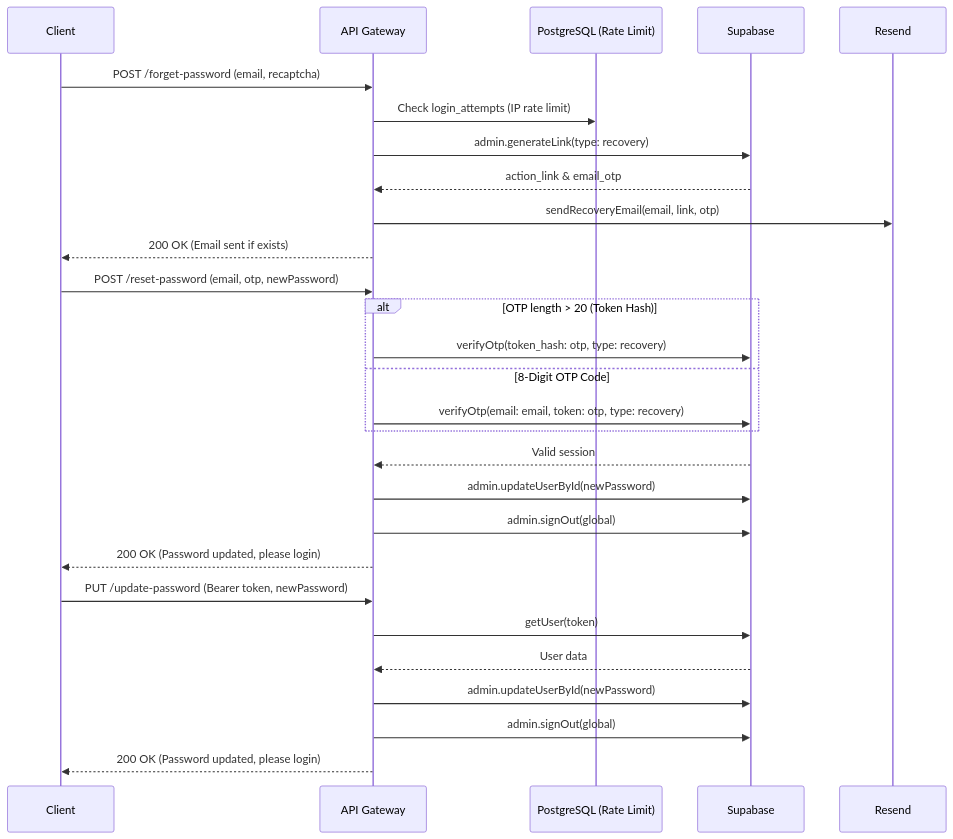
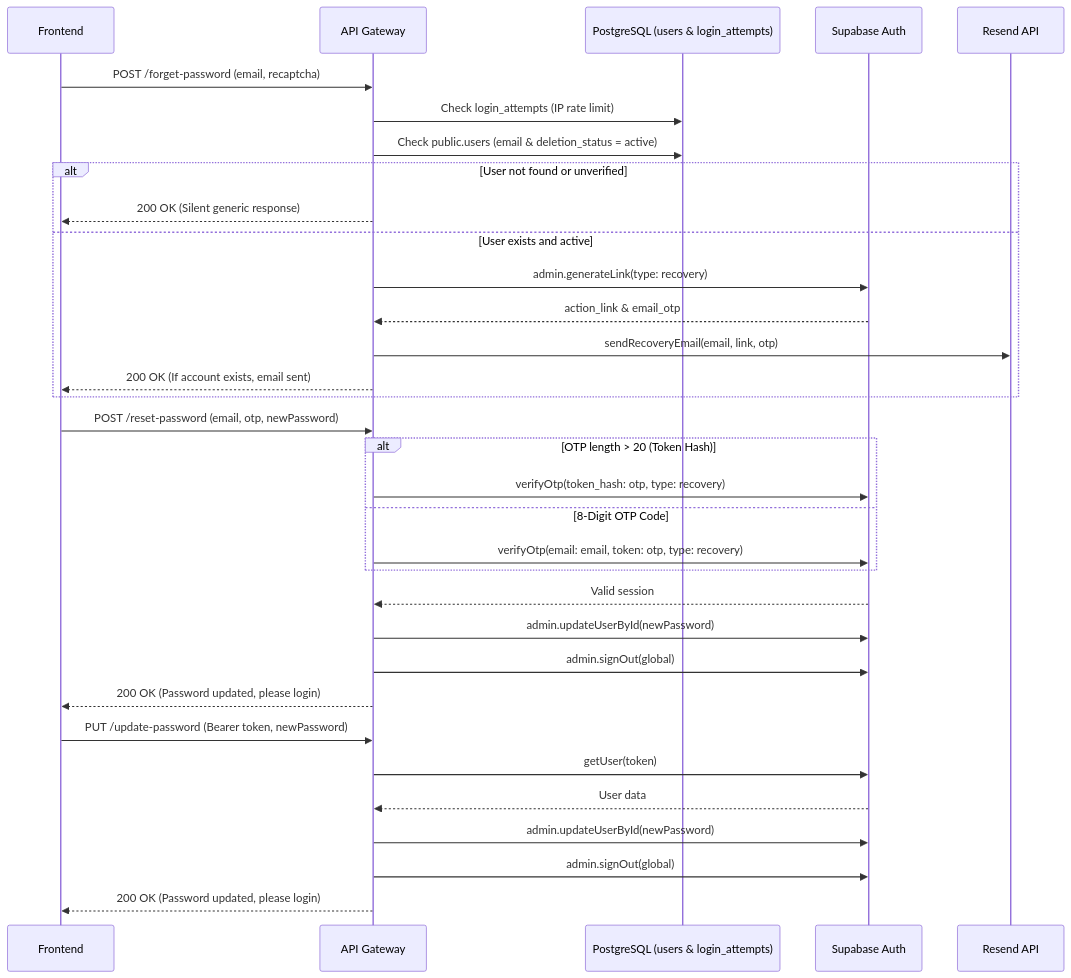
Before and after one commit to kanzhamada/Dokyudo: the diagram in docs/backend/auth-password-reset.md, drawn with Mermaid. The commit also changed other lines of this file and 3 other files, not shown here.

````diff
--- a/docs/backend/auth-password-reset.md
+++ b/docs/backend/auth-password-reset.md
@@ -20,36 +22,41 @@
 ```mermaid
 sequenceDiagram
-    participant Client
+    participant Client as Frontend
     participant GW as API Gateway
-    participant DB as PostgreSQL (Rate Limit)
-    participant Supabase
-    participant Resend
+    participant DB as PostgreSQL (users & login_attempts)
+    participant Supabase as Supabase Auth
+    participant Resend as Resend API
 
     %% Forget Password Flow
     Client->>GW: POST /forget-password (email, recaptcha)
     GW->>DB: Check login_attempts (IP rate limit)
-    GW->>Supabase: admin.generateLink(type: recovery)
-    Supabase-->>GW: action_link & email_otp
-    GW->>Resend: sendRecoveryEmail(email, link, otp)
-    GW-->>Client: 200 OK (Email sent if exists)
+    GW->>DB: Check public.users (email & deletion_status = active)
+    alt User not found or unverified
+        GW-->>Client: 200 OK (Silent generic response)
+    else User exists and active
+        GW->>Supabase: admin.generateLink(type: recovery)
+        Supabase-->>GW: action_link & email_otp
+        GW->>Resend: sendRecoveryEmail(email, link, otp)
+        GW-->>Client: 200 OK (If account exists, email sent)
+    end
 
     %% Reset via OTP (Manual Entry)
     Client->>GW: POST /reset-password (email, otp, newPassword)
     alt OTP length > 20 (Token Hash)
         GW->>Supabase: verifyOtp(token_hash: otp, type: recovery)
     else 8-Digit OTP Code
         GW->>Supabase: verifyOtp(email: email, token: otp, type: recovery)
     end
     Supabase-->>GW: Valid session
     GW->>Supabase: admin.updateUserById(newPassword)
     GW->>Supabase: admin.signOut(global)
     GW-->>Client: 200 OK (Password updated, please login)
 
     %% Update via Bearer Token (Magic Link Click or Profile Page)
     Client->>GW: PUT /update-password (Bearer token, newPassword)
     GW->>Supabase: getUser(token)
     Supabase-->>GW: User data
     GW->>Supabase: admin.updateUserById(newPassword)
     GW->>Supabase: admin.signOut(global)
     GW-->>Client: 200 OK (Password updated, please login)
 ```
````
